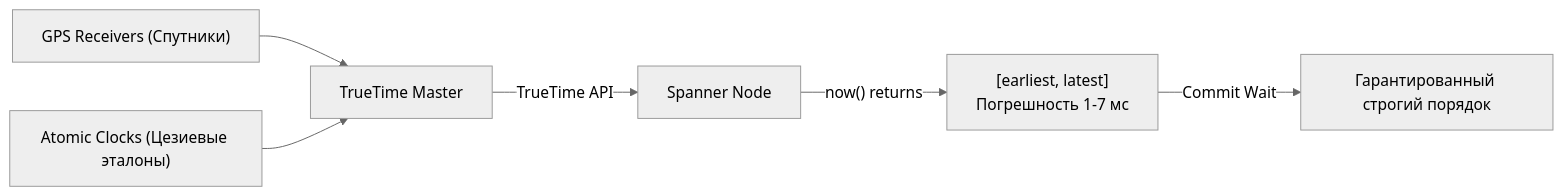
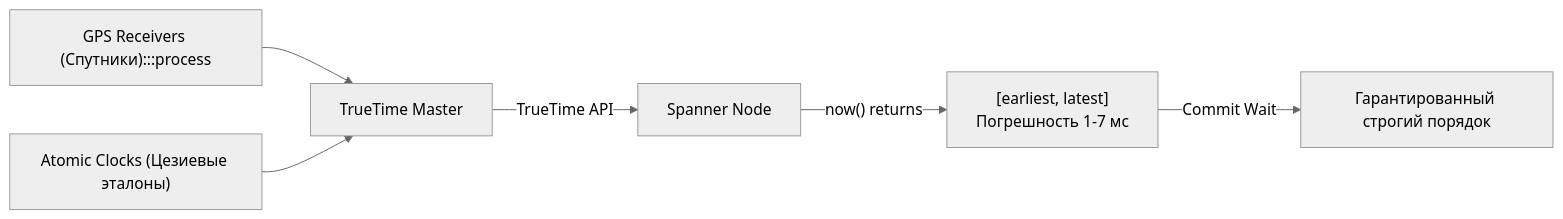
Before and after one commit to UnrealTemplier/go-textbook: the third of 3 diagrams in sources/14. Распределенные системы на Go/01. Основы/5. Time и clock drift.md, drawn with Mermaid (neutral theme). The commit also changed 1666 other files, not shown here.

First line of the commit message:
feat(mermaid): add semantic color classDef to 1369 colorless flowchart/graph diagrams

````diff
--- a/sources/14. Распределенные системы на Go/01. Основы/5. Time и clock drift.md
+++ b/sources/14. Распределенные системы на Go/01. Основы/5. Time и clock drift.md
@@ -199,8 +199,18 @@
 ```mermaid
 flowchart LR
-    GPS["GPS Receivers (Спутники)"] --> Master["TrueTime Master"]
+    classDef process  fill:#1e293b,stroke:#38bdf8,stroke-width:1px,color:#f8fafc
+    classDef success  fill:#064e3b,stroke:#34d399,stroke-width:1px,color:#f8fafc
+    classDef error    fill:#7f1d1d,stroke:#f87171,stroke-width:1px,color:#f8fafc
+    classDef warning  fill:#78350f,stroke:#fbbf24,stroke-width:1px,color:#f8fafc
+    classDef entry    fill:#1e3a5f,stroke:#38bdf8,stroke-width:2px,color:#f8fafc
+    classDef aux      fill:#334155,stroke:#64748b,stroke-width:1px,color:#f8fafc
+    classDef system   fill:#312e81,stroke:#a78bfa,stroke-width:1px,color:#f8fafc
+    classDef data     fill:#132d29,stroke:#2dd4bf,stroke-width:1px,color:#f8fafc
+    classDef network  fill:#881337,stroke:#fb7185,stroke-width:1px,color:#f8fafc
+    classDef accent   fill:#1e1b4b,stroke:#818cf8,stroke-width:1px,color:#f8fafc
+    GPS["GPS Receivers (Спутники):::process"] --> Master["TrueTime Master"]
     Atomic["Atomic Clocks (Цезиевые эталоны)"] --> Master
     Master -->|"TrueTime API"| Node["Spanner Node"]
     Node -->|"now() returns"| Interval["[earliest, latest]<br>Погрешность 1-7 мс"]
     Interval -->|"Commit Wait"| Safe["Гарантированный строгий порядок"]
 ```
````
